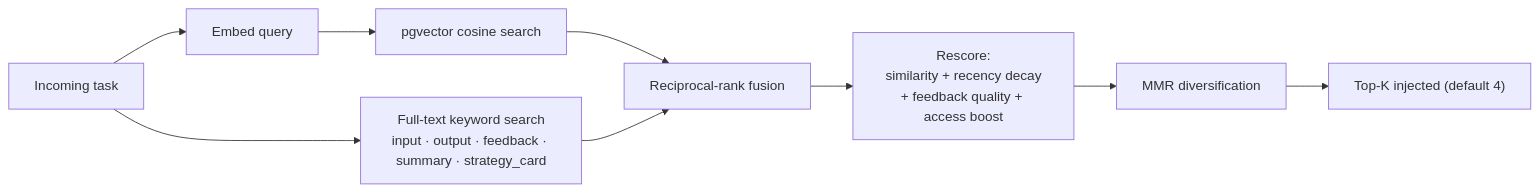
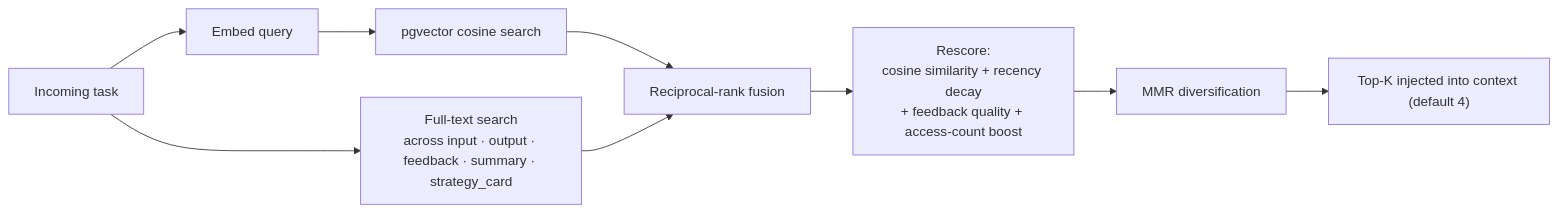
One commit to intelligencedev/intelligence-web changed the sixth of 9 diagrams in content/manifold-memory-systems.md. Above: the diagram before and after it, drawn with Mermaid. The commit also changed other lines of this file, not shown here.

```diff
--- a/content/manifold-memory-systems.md
+++ b/content/manifold-memory-systems.md
@@ -247,11 +229,11 @@
 <pre class="mermaid">
 flowchart LR
     Q["Incoming task"] --> E["Embed query"]
     E --> V["pgvector cosine search"]
-    Q --> K["Full-text keyword search<br/>input · output · feedback · summary · strategy_card"]
+    Q --> K["Full-text search<br/>across input · output · feedback · summary · strategy_card"]
     V --> F["Reciprocal-rank fusion"]
     K --> F
-    F --> RS["Rescore:<br/>similarity + recency decay<br/>+ feedback quality + access boost"]
+    F --> RS["Rescore:<br/>cosine similarity + recency decay<br/>+ feedback quality + access-count boost"]
     RS --> M["MMR diversification"]
-    M --> TK["Top-K injected (default 4)"]
+    M --> TK["Top-K injected into context (default 4)"]
 </pre>
```
